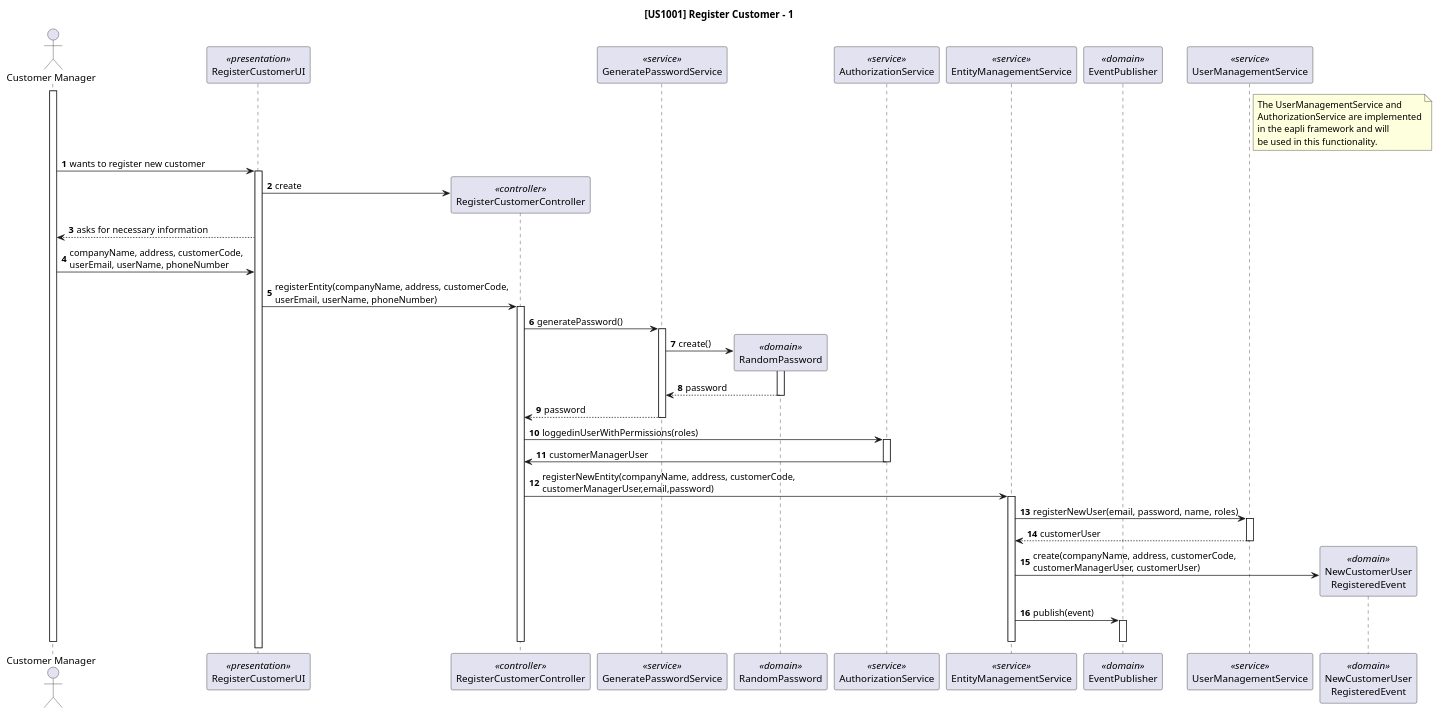
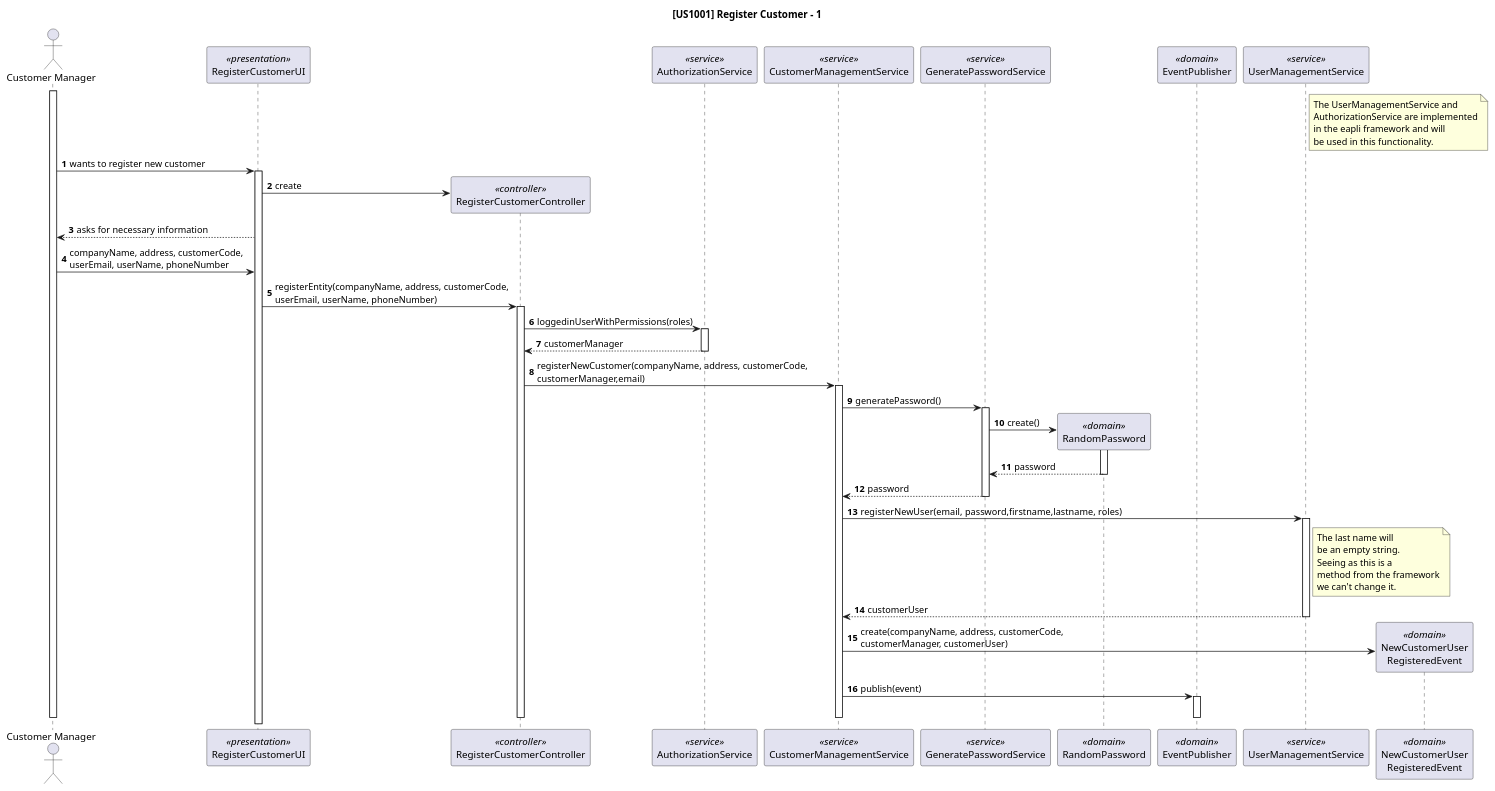
Before and after one commit to rita-barbosa/LAPR4-2324: the diagram in docs/sb_us_1001/sequence-diagram-register-customer.puml, drawn with PlantUML. The commit also changed 6 other files, not shown here.

```diff
--- a/docs/sb_us_1001/sequence-diagram-register-customer.puml
+++ b/docs/sb_us_1001/sequence-diagram-register-customer.puml
@@ -1,89 +1,98 @@
 @startuml
 autonumber
 
 title [US1001] Register Customer - 1
 
 actor "Customer Manager" as USER
 
 participant "RegisterCustomerUI" as UI <<presentation>>
 participant "RegisterCustomerController" as CTRL <<controller>>
+participant "AuthorizationService" as AUTHZ <<service>>
+participant "CustomerManagementService" as EMS <<service>>
 participant "GeneratePasswordService" as GPS <<service>>
 participant "RandomPassword" as PG <<domain>>
-participant "AuthorizationService" as AUTHZ <<service>>
-participant "EntityManagementService" as EMS <<service>>
 participant "EventPublisher" as EP <<domain>>
 participant "UserManagementService" as UMS <<service>>
 participant "NewCustomerUser\nRegisteredEvent" as EVENT <<domain>>
 
 
 
 
 note right UMS
 The UserManagementService and
 AuthorizationService are implemented
 in the eapli framework and will
 be used in this functionality.
 end note
 
 activate USER
 
 USER -> UI: wants to register new customer
 activate UI
 
 UI -> CTRL**: create
 
 
 
 UI --> USER: asks for necessary information
 
 
 USER -> UI: companyName, address, customerCode,\nuserEmail, userName, phoneNumber
 UI -> CTRL: registerEntity(companyName, address, customerCode,\nuserEmail, userName, phoneNumber)
 activate CTRL
 
-CTRL -> GPS: generatePassword()
+
+
+CTRL -> AUTHZ:  loggedinUserWithPermissions(roles)
+activate AUTHZ
+
+AUTHZ --> CTRL:  customerManager
+deactivate AUTHZ
+
+CTRL -> EMS: registerNewCustomer(companyName, address, customerCode,\ncustomerManager,email)
+activate EMS
+
+EMS -> GPS: generatePassword()
 activate GPS
 
 GPS -> PG**: create()
 activate PG
 
 PG --> GPS: password
 deactivate PG
 
-GPS --> CTRL: password
+GPS --> EMS: password
 deactivate GPS
 
-CTRL -> AUTHZ:  loggedinUserWithPermissions(roles)
-activate AUTHZ
+EMS -> UMS: registerNewUser(email, password,firstname,lastname,  roles)
+            activate UMS
 
-AUTHZ -> CTRL:  customerManagerUser
-deactivate AUTHZ
-
-CTRL -> EMS: registerNewEntity(companyName, address, customerCode,\ncustomerManagerUser,email,password)
-activate EMS
-
-
-EMS -> UMS: registerNewUser(email, password, name,  roles)
-            activate UMS
+note right of UMS
+The last name will
+be an empty string.
+Seeing as this is a
+method from the framework
+we can't change it.
+end note
 
 UMS --> EMS: customerUser
 deactivate UMS
 
 
 
-EMS -> EVENT**: create(companyName, address, customerCode,\ncustomerManagerUser, customerUser)
+EMS -> EVENT**: create(companyName, address, customerCode,\ncustomerManager, customerUser)
 
 EMS -> EP : publish(event)
 activate EP
 
 deactivate EP
 
 deactivate EMS
 
 
 deactivate CTRL
 
 
 deactivate USER
 
 @enduml
```
